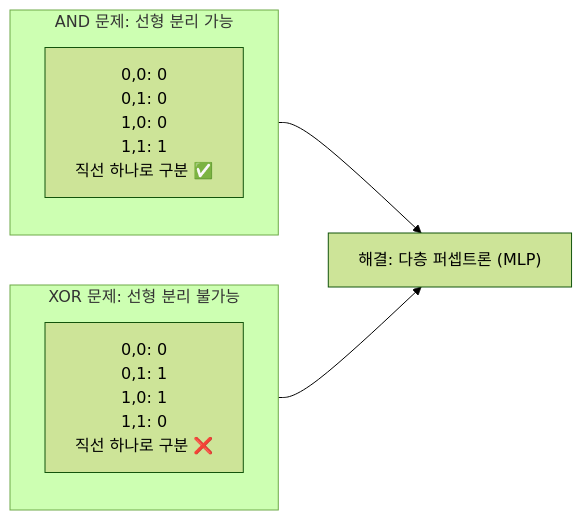
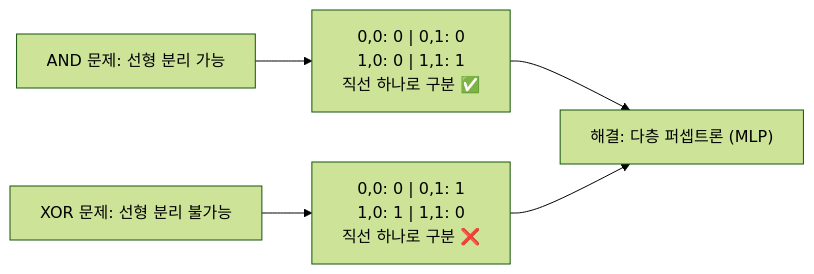
The second of 8 diagrams in ai-programming/03_딥러닝/01_신경망_기초.md (jingu279/Document), drawn with Mermaid (forest theme) before and after one commit. The commit also changed 9 other files, not shown here.

Commit message:
Fix all broken Mermaid diagrams across AI book (cross-subgraph connections, reserved keywords, duplicate nodes)

````diff
--- a/ai-programming/03_딥러닝/01_신경망_기초.md
+++ b/ai-programming/03_딥러닝/01_신경망_기초.md
@@ -89,13 +89,8 @@
 ```mermaid
 flowchart LR
-  subgraph AND[AND 문제: 선형 분리 가능]
-    AND_Plot["0,0: 0<br/>0,1: 0<br/>1,0: 0<br/>1,1: 1<br/>직선 하나로 구분 ✅"]
-  end
+  AND_Label["AND 문제: 선형 분리 가능"] --> AND_Plot["0,0: 0 | 0,1: 0<br/>1,0: 0 | 1,1: 1<br/>직선 하나로 구분 ✅"]
+  XOR_Label["XOR 문제: 선형 분리 불가능"] --> XOR_Plot["0,0: 0 | 0,1: 1<br/>1,0: 1 | 1,1: 0<br/>직선 하나로 구분 ❌"]
 
-  subgraph XOR[XOR 문제: 선형 분리 불가능]
-    XOR_Plot["0,0: 0<br/>0,1: 1<br/>1,0: 1<br/>1,1: 0<br/>직선 하나로 구분 ❌"]
-  end
-
-  AND --> Solution["해결: 다층 퍼셉트론 (MLP)"]
-  XOR --> Solution
+  AND_Plot --> Solution["해결: 다층 퍼셉트론 (MLP)"]
+  XOR_Plot --> Solution
 ```
````
